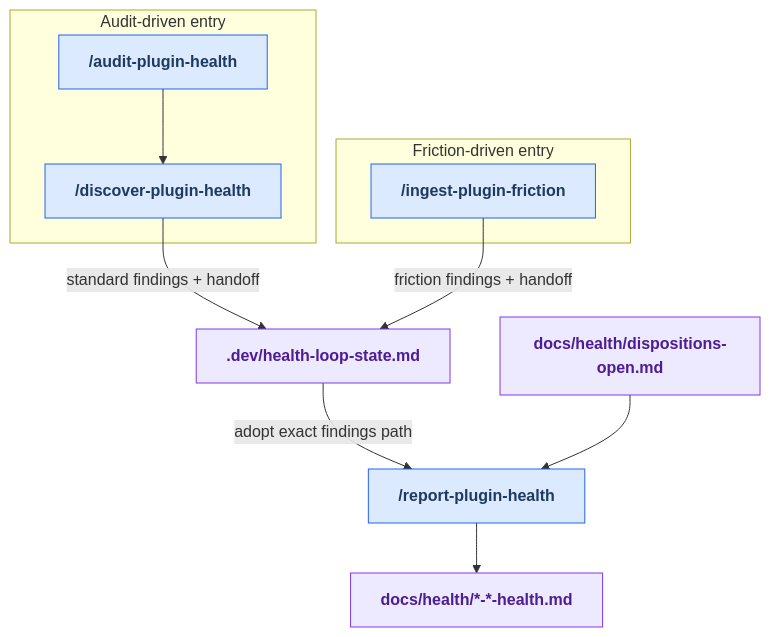
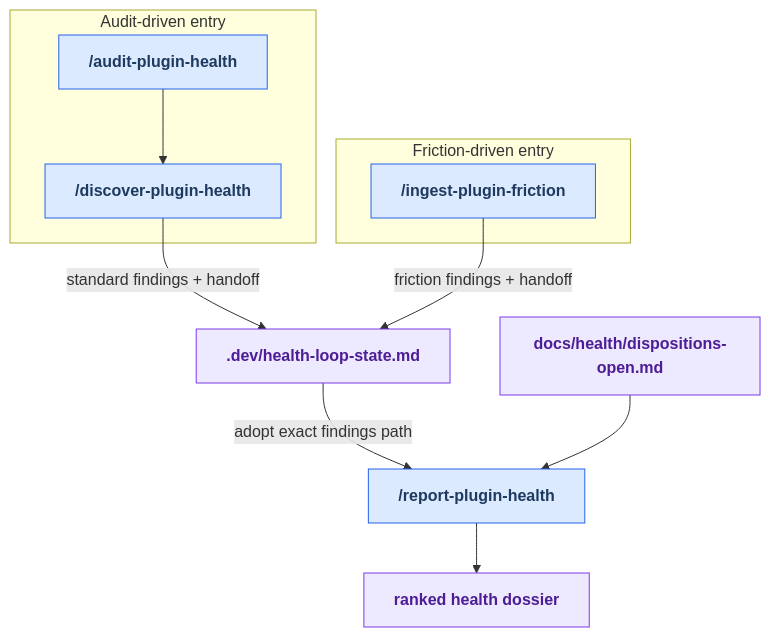
The diagram in docs/maintainer-tooling/discover.md (russell-laing/al-dev-shared), drawn with Mermaid before and after one commit. The commit also changed 8 other files, not shown here.

````diff
--- a/docs/maintainer-tooling/discover.md
+++ b/docs/maintainer-tooling/discover.md
@@ -49,32 +49,33 @@
 ```mermaid
 flowchart TD
     classDef userSkill fill:#dbeafe,stroke:#2563eb,color:#1e3a5f,font-weight:bold
     classDef artifact fill:#ede9fe,stroke:#7c3aed,color:#4c1d95,font-weight:bold
+    classDef orphanArtifact fill:#ede9fe,stroke:#dc2626,color:#4c1d95,stroke-dasharray:4 4,font-weight:bold
 
     subgraph lane_a["Audit-driven entry"]
         skill_plugin_health_audit["/audit-plugin-health"]
         skill_plugin_health_discover["/discover-plugin-health"]
     end
     subgraph lane_b["Friction-driven entry"]
         skill_ingest_friction_log["/ingest-plugin-friction"]
     end
     art_breadcrumb[".dev/health-loop-state.md"]
     art_dispositions["docs/health/dispositions-open.md"]
     skill_plugin_health_report["/report-plugin-health"]
-    art_dossier["docs/health/*-*-health.md"]
+    art_dossier["ranked health dossier"]
 
     skill_plugin_health_audit --> skill_plugin_health_discover
     skill_plugin_health_discover -- "standard findings + handoff" --> art_breadcrumb
     skill_ingest_friction_log -- "friction findings + handoff" --> art_breadcrumb
     art_breadcrumb -- "adopt exact findings path" --> skill_plugin_health_report
     art_dispositions --> skill_plugin_health_report
     skill_plugin_health_report --> art_dossier
 
     class skill_plugin_health_audit userSkill
     class skill_plugin_health_discover userSkill
     class skill_ingest_friction_log userSkill
     class skill_plugin_health_report userSkill
     class art_breadcrumb artifact
     class art_dispositions artifact
     class art_dossier artifact
 ```
````
